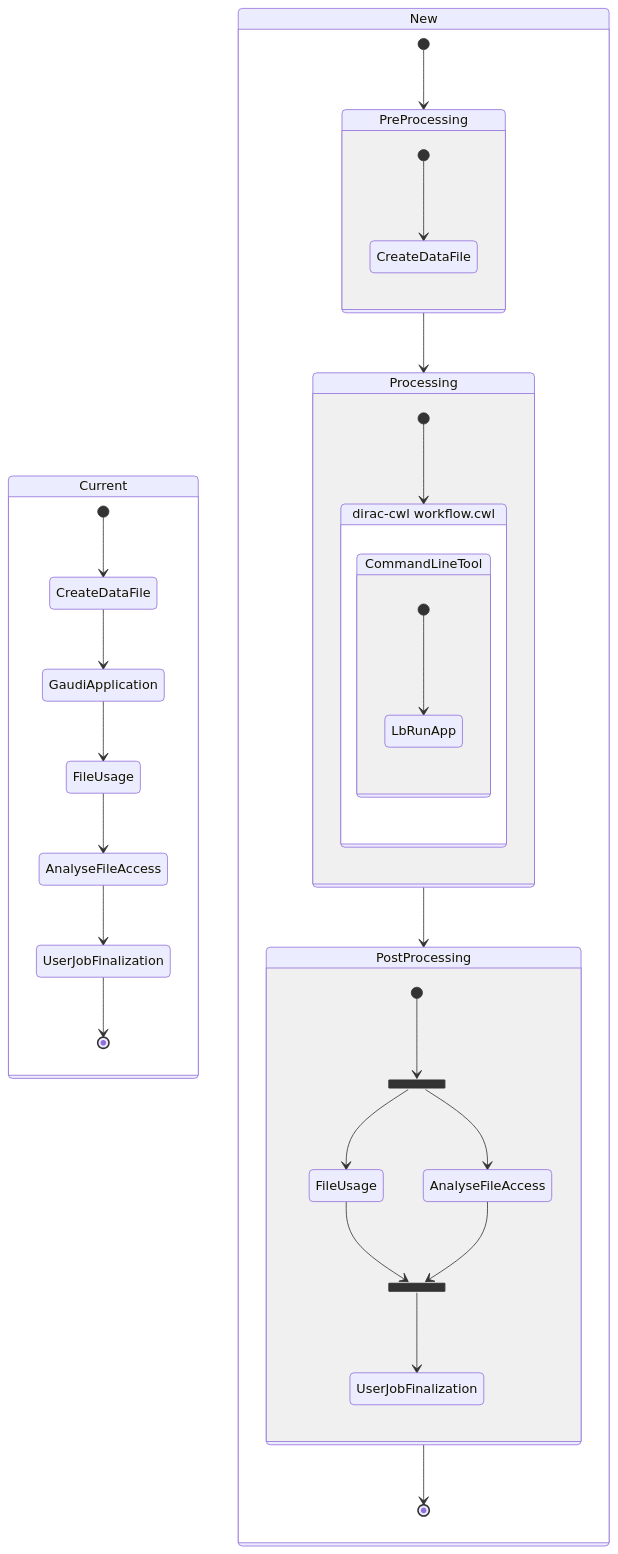
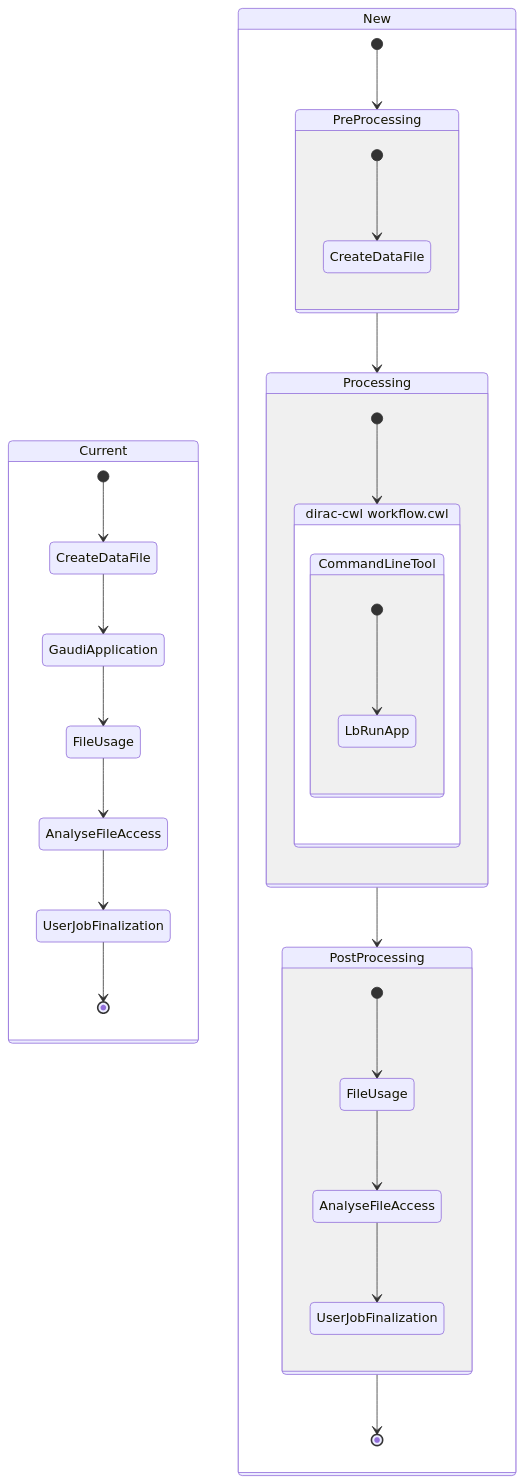
Before and after one commit to DIRACGrid/dirac-cwl: the second of 5 diagrams in docs/design/lhcb-workflows.md, drawn with Mermaid. The commit also changed other lines of this file, not shown here.

````diff
--- a/docs/design/lhcb-workflows.md
+++ b/docs/design/lhcb-workflows.md
@@ -65,67 +144,61 @@
 ```mermaid
 stateDiagram
     direction TB
 
     state Current {
         CreateDataFile_Old: CreateDataFile
         GaudiApplication_Old: GaudiApplication
         FileUsage_Old: FileUsage
         AnalyseFileAccess_Old: AnalyseFileAccess
         UserJobFinalization_Old: UserJobFinalization
 
         [*] --> CreateDataFile_Old
         CreateDataFile_Old --> GaudiApplication_Old
         GaudiApplication_Old --> FileUsage_Old
         FileUsage_Old --> AnalyseFileAccess_Old
         AnalyseFileAccess_Old --> UserJobFinalization_Old
         UserJobFinalization_Old --> [*]
     }
 
     state New {
         PreProcessing_New: PreProcessing
         Processing_New: Processing
         PostProcessing_New: PostProcessing
 
         state PreProcessing_New {
             CreateDataFile_New: CreateDataFile
 
             [*] --> CreateDataFile_New
         }
 
         state Processing_New {
             Execution_New: dirac-cwl workflow.cwl
 
             state Execution_New {
                 CLT_New: CommandLineTool
 
                 state CLT_New {
                     LbRunApp_New: LbRunApp
                     [*] --> LbRunApp_New
                 }
             }
 
             [*] --> Execution_New
         }
 
         state PostProcessing_New {
-            state fork_state <<fork>>
-            state join_state <<join>>
-
             FileUsage_New: FileUsage
             AnalyseFileAccess_New: AnalyseFileAccess
             UserJobFinalization_New: UserJobFinalization
 
-            [*] --> fork_state
-            fork_state --> FileUsage_New
-            fork_state --> AnalyseFileAccess_New
-            FileUsage_New --> join_state
-            AnalyseFileAccess_New --> join_state
-            join_state --> UserJobFinalization_New
+            [*] --> FileUsage_New
+            FileUsage_New --> AnalyseFileAccess_New
+            AnalyseFileAccess_New --> UserJobFinalization_New
         }
 
         [*] --> PreProcessing_New
         PreProcessing_New --> Processing_New
         Processing_New --> PostProcessing_New
         PostProcessing_New --> [*]
     }
 ```
````
